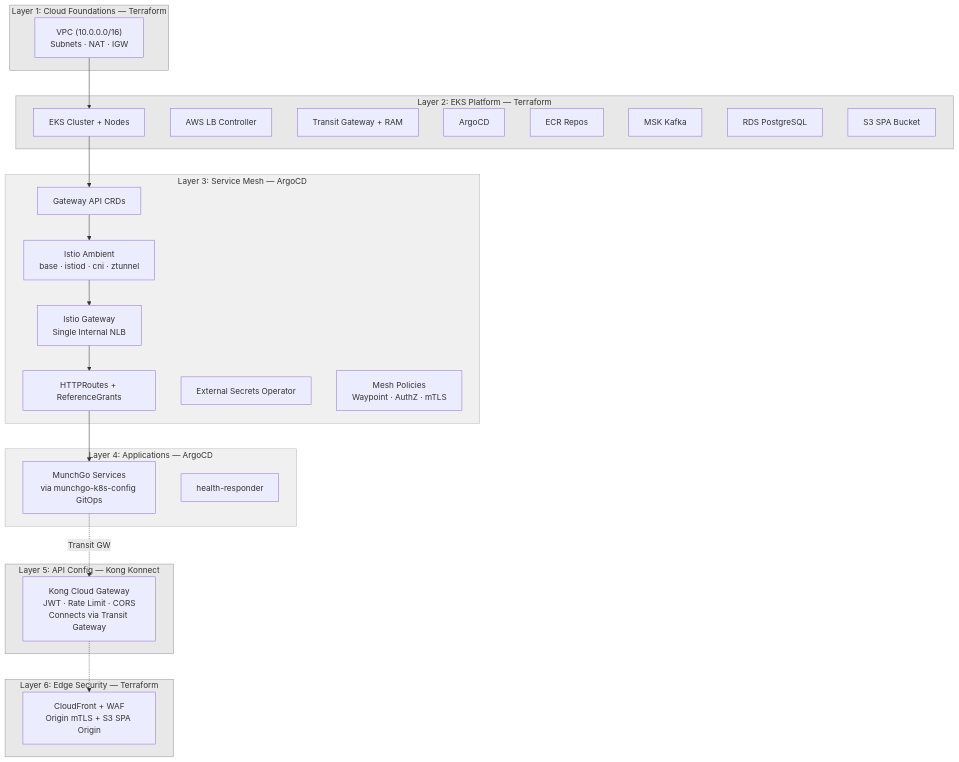
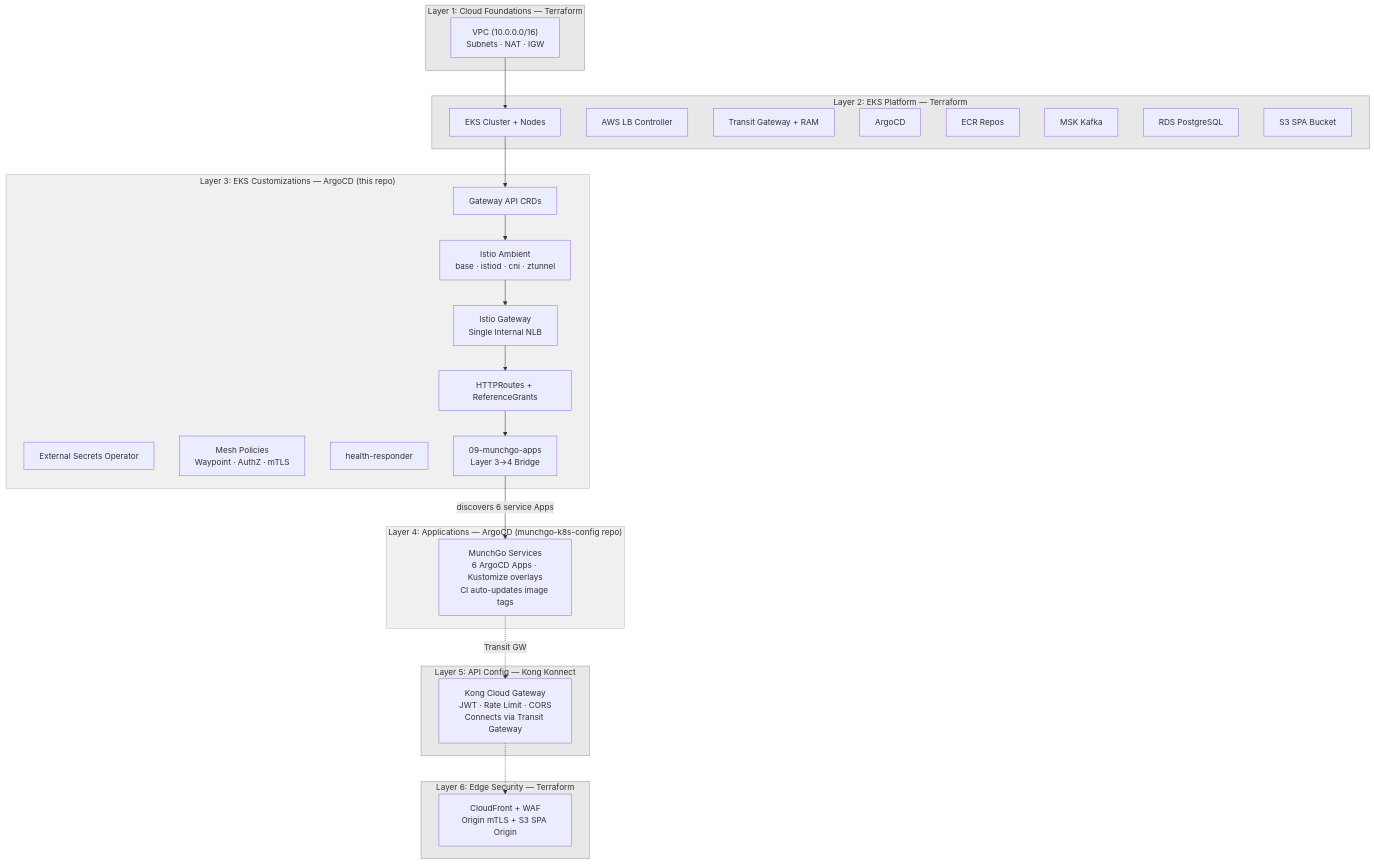
One commit to shanaka-versent/Kong-Konnect-Cloud-Gateway-on-EKS changed diagram 12 of 13 in README.md. Above: the diagram before and after it, drawn with Mermaid. The commit also changed other lines of this file and 2 other files, not shown here.

Commit message:
Clarify Layer 3 vs Layer 4 separation in ArgoCD app-of-apps
Document the clean boundary between Layer 3 (EKS customizations,
this repo) and Layer 4 (application deployment, munchgo-k8s-config).
The 09-munchgo-apps.yaml is the bridge that connects them.

- Update root-app.yaml comments with 4-layer architecture overview
- Update 09-munchgo-apps.yaml to document its bridge role
- Update README deployment layers diagram with repo ownership
- Clarify that munchgo-k8s-config has flat service apps (no root-app)

````diff
--- a/README.md
+++ b/README.md
@@ -683,55 +683,57 @@
 ```mermaid
 graph TB
     subgraph L1 ["Layer 1: Cloud Foundations — Terraform"]
         VPC["VPC (10.0.0.0/16)<br/>Subnets · NAT · IGW"]
     end
 
     subgraph L2 ["Layer 2: EKS Platform — Terraform"]
         EKS2[EKS Cluster + Nodes]
         LBC3[AWS LB Controller]
         TGW3[Transit Gateway + RAM]
         ArgoCD3[ArgoCD]
         ECR2[ECR Repos]
         MSK3[MSK Kafka]
         RDS3[RDS PostgreSQL]
         SPA[S3 SPA Bucket]
     end
 
-    subgraph L3 ["Layer 3: Service Mesh — ArgoCD"]
+    subgraph L3 ["Layer 3: EKS Customizations — ArgoCD (this repo)"]
         CRDs2[Gateway API CRDs]
         Istio2[Istio Ambient<br/>base · istiod · cni · ztunnel]
         GW3[Istio Gateway<br/>Single Internal NLB]
         Routes2[HTTPRoutes + ReferenceGrants]
         ESO[External Secrets Operator]
         MeshPol[Mesh Policies<br/>Waypoint · AuthZ · mTLS]
+        HealthApp[health-responder]
+        BRIDGE[09-munchgo-apps<br/>Layer 3→4 Bridge]
     end
 
-    subgraph L4 ["Layer 4: Applications — ArgoCD"]
-        MunchGoApps[MunchGo Services<br/>via munchgo-k8s-config GitOps]
-        HealthApp[health-responder]
+    subgraph L4 ["Layer 4: Applications — ArgoCD (munchgo-k8s-config repo)"]
+        MunchGoApps[MunchGo Services<br/>6 ArgoCD Apps · Kustomize overlays<br/>CI auto-updates image tags]
     end
 
     subgraph L5 ["Layer 5: API Config — Kong Konnect"]
         KongGW2[Kong Cloud Gateway<br/>JWT · Rate Limit · CORS<br/>Connects via Transit Gateway]
     end
 
     subgraph L6 ["Layer 6: Edge Security — Terraform"]
         CFront2[CloudFront + WAF<br/>Origin mTLS + S3 SPA Origin]
     end
 
     VPC --> EKS2
     EKS2 --> CRDs2
     CRDs2 --> Istio2
     Istio2 --> GW3
     GW3 --> Routes2
-    Routes2 --> MunchGoApps
+    Routes2 --> BRIDGE
+    BRIDGE -->|discovers 6 service Apps| MunchGoApps
     MunchGoApps -.->|Transit GW| KongGW2
     KongGW2 -.-> CFront2
 
     style L1 fill:#E8E8E8,stroke:#999,color:#333
     style L2 fill:#E8E8E8,stroke:#999,color:#333
     style L3 fill:#F0F0F0,stroke:#BBB,color:#333
     style L4 fill:#F0F0F0,stroke:#BBB,color:#333
     style L5 fill:#E8E8E8,stroke:#999,color:#333
     style L6 fill:#E8E8E8,stroke:#999,color:#333
 ```
````
